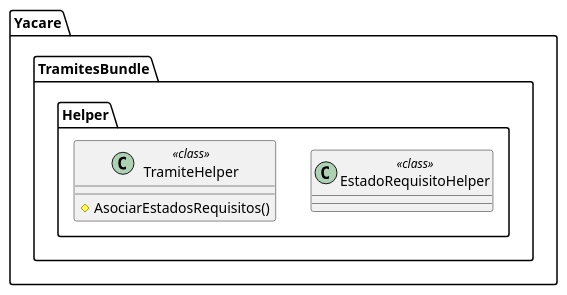
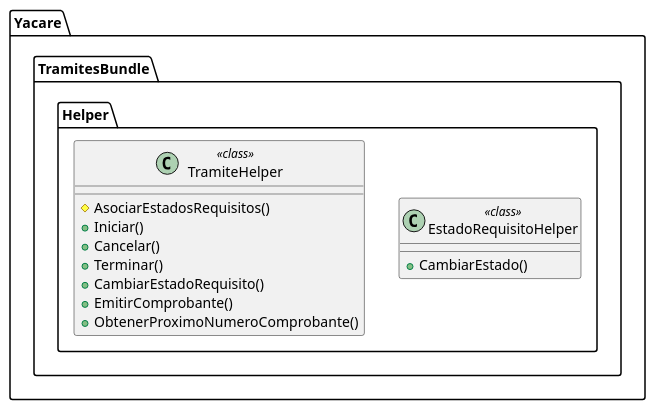
One commit to alediazrc/yacare changed the diagram in docs/Clases/Yacaré/Tramites/Helpers.pu. Above: the diagram before and after it, drawn with PlantUML. The commit also changed 3 other files, not shown here.

```diff
--- a/docs/Clases/Yacaré/Tramites/Helpers.pu
+++ b/docs/Clases/Yacaré/Tramites/Helpers.pu
@@ -1,9 +1,16 @@
 @startuml
 namespace Yacare.TramitesBundle.Helper  {
 	class EstadoRequisitoHelper << class >> {
+		+CambiarEstado()
 	}
 	class TramiteHelper << class >> {
 		#AsociarEstadosRequisitos()
+		+Iniciar()
+		+Cancelar()
+		+Terminar()
+		+CambiarEstadoRequisito()
+		+EmitirComprobante()
+		+ObtenerProximoNumeroComprobante()
 	}
 }
 @enduml
```
